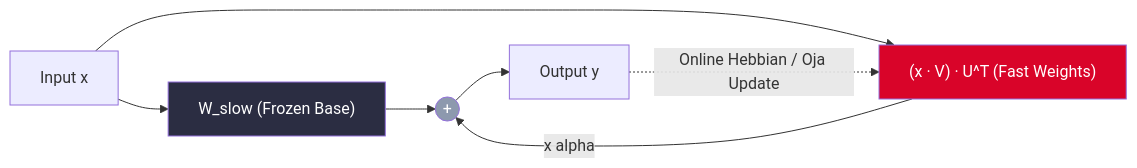
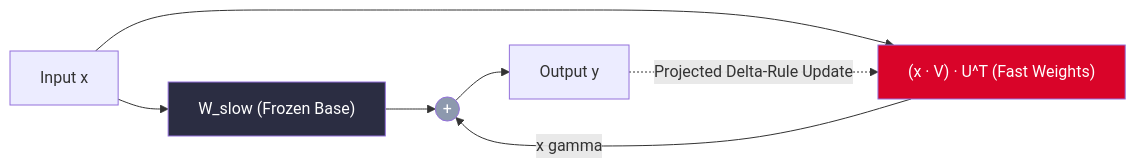
Before and after one commit to nauheimervater/plastic-transformer: the diagram in README.md, drawn with Mermaid. The commit also changed other lines of this file and 15 other files, not shown here.

````diff
--- a/README.md
+++ b/README.md
@@ -30,14 +28,14 @@
 ```mermaid
 flowchart LR
     X["Input x"] --> Slow["W_slow (Frozen Base)"]
     X --> Fast["(x · V) · U^T (Fast Weights)"]
     Slow --> Add((+))
-    Fast -->|"x alpha"| Add
+    Fast -->|"x gamma"| Add
     Add --> Y["Output y"]
     
-    Y -.->|"Online Hebbian / Oja Update"| Fast
+    Y -.->|"Projected Delta-Rule Update"| Fast
 
     style Slow fill:#2b2d42,color:#fff
     style Fast fill:#d90429,color:#fff
     style Add fill:#8d99ae,color:#fff
 ```
````
